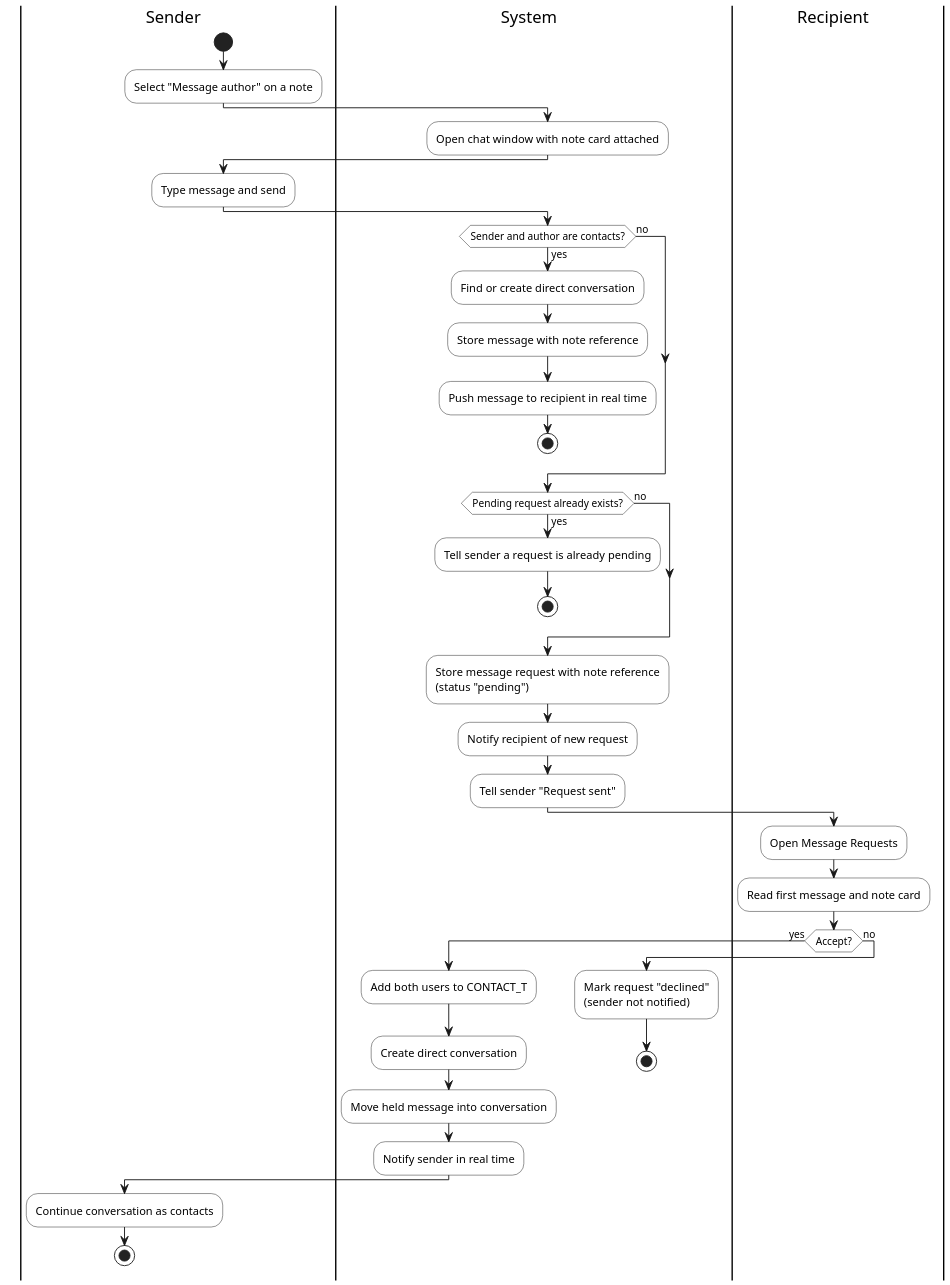
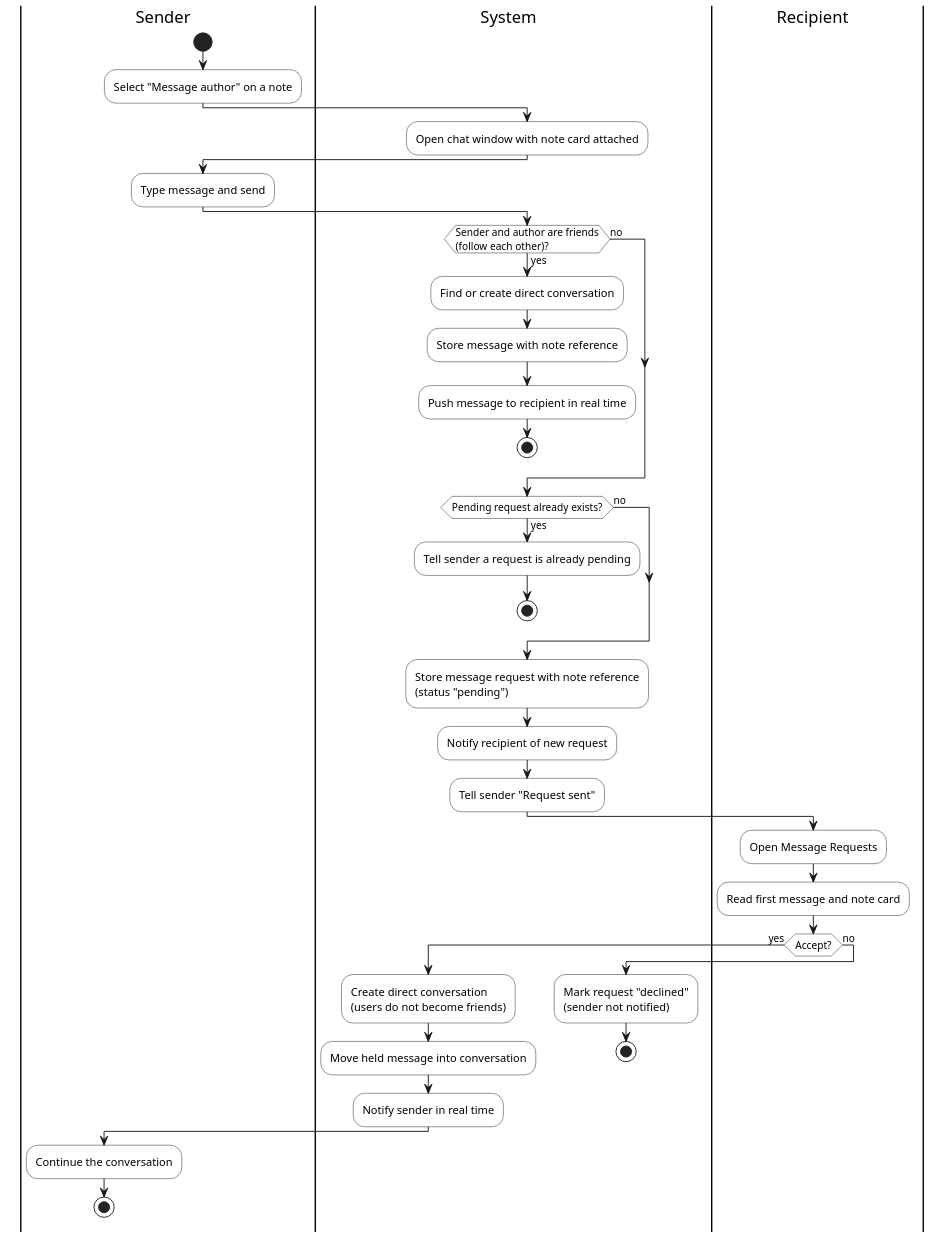
The diagram in docs/chapter4/diagrams/src/07_act_message.puml (qicai14/NotaLah), drawn with PlantUML before and after one commit. The commit also changed 9 other files, not shown here.

First line of the commit message:
Update ERD and contact diagrams for follows, snapshot, rate limit

```diff
--- a/docs/chapter4/diagrams/src/07_act_message.puml
+++ b/docs/chapter4/diagrams/src/07_act_message.puml
@@ -1,48 +1,47 @@
 @startuml act_post_anchored_message
 skinparam shadowing false
 skinparam monochrome true
 skinparam defaultFontName Arial
 skinparam dpi 170
 skinparam ActivityBackgroundColor white
 skinparam SwimlaneWidth same
 |Sender|
 start
 :Select "Message author" on a note;
 |System|
 :Open chat window with note card attached;
 |Sender|
 :Type message and send;
 |System|
-if (Sender and author are contacts?) then (yes)
+if (Sender and author are friends\n(follow each other)?) then (yes)
   :Find or create direct conversation;
   :Store message with note reference;
   :Push message to recipient in real time;
   stop
 else (no)
 endif
 if (Pending request already exists?) then (yes)
   :Tell sender a request is already pending;
   stop
 else (no)
 endif
 :Store message request with note reference\n(status "pending");
 :Notify recipient of new request;
 :Tell sender "Request sent";
 |Recipient|
 :Open Message Requests;
 :Read first message and note card;
 if (Accept?) then (yes)
   |System|
-  :Add both users to CONTACT_T;
-  :Create direct conversation;
+  :Create direct conversation\n(users do not become friends);
   :Move held message into conversation;
   :Notify sender in real time;
   |Sender|
-  :Continue conversation as contacts;
+  :Continue the conversation;
   stop
 else (no)
   |System|
   :Mark request "declined"\n(sender not notified);
   stop
 endif
 @enduml
```
